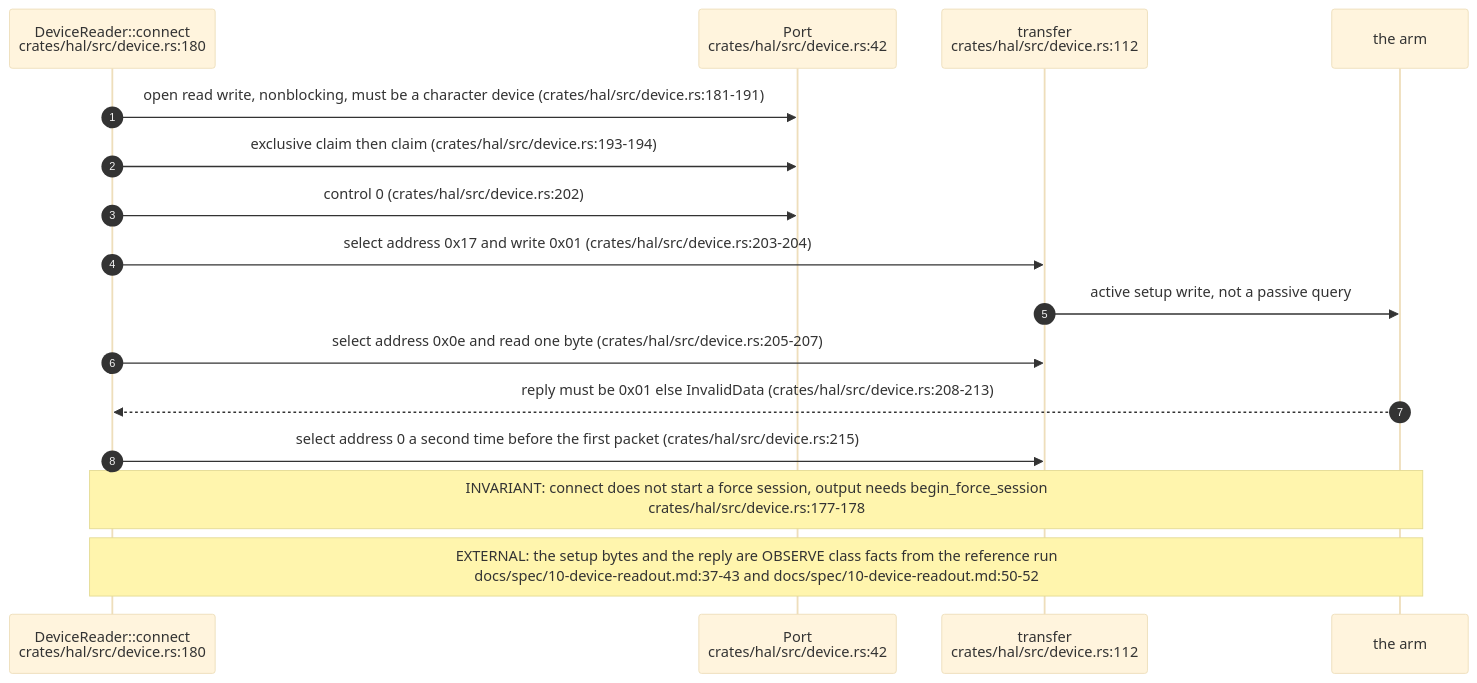
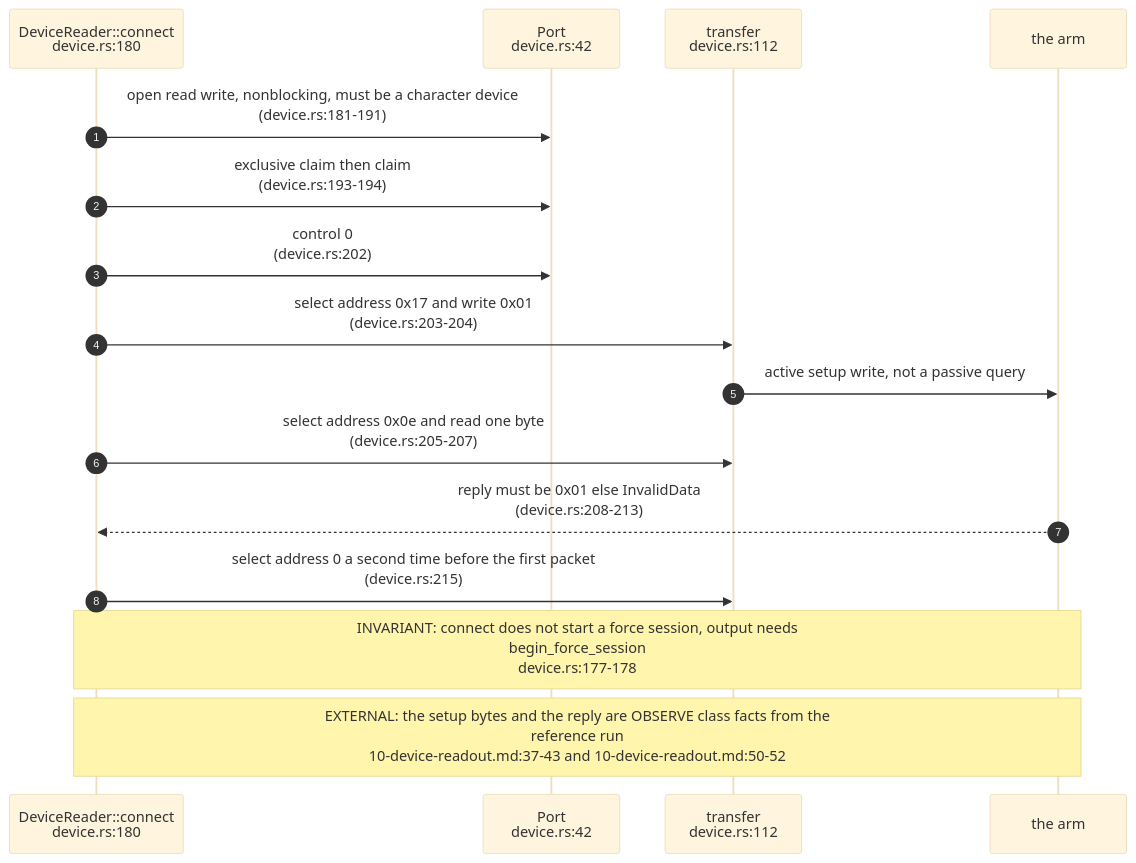
Before and after one commit to DreamLab-AI/VisionFlow: the second of 5 diagrams in docs/diagrams/visiontouch-rs/02-transport-software-epp-and-force-session.md, drawn with Mermaid (base theme). The commit also changed other lines of this file and 27 other files, not shown here.

````diff
--- a/docs/diagrams/visiontouch-rs/02-transport-software-epp-and-force-session.md
+++ b/docs/diagrams/visiontouch-rs/02-transport-software-epp-and-force-session.md
@@ -56,18 +58,18 @@
 ```mermaid
 sequenceDiagram
     autonumber
-    participant CN as DeviceReader::connect<br/>crates/hal/src/device.rs:180
-    participant PT as Port<br/>crates/hal/src/device.rs:42
-    participant TR as transfer<br/>crates/hal/src/device.rs:112
+    participant CN as DeviceReader::connect<br/>device.rs:180
+    participant PT as Port<br/>device.rs:42
+    participant TR as transfer<br/>device.rs:112
     participant DV as the arm
-    CN->>PT: open read write, nonblocking, must be a character device (crates/hal/src/device.rs:181-191)
-    CN->>PT: exclusive claim then claim (crates/hal/src/device.rs:193-194)
-    CN->>PT: control 0 (crates/hal/src/device.rs:202)
-    CN->>TR: select address 0x17 and write 0x01 (crates/hal/src/device.rs:203-204)
+    CN->>PT: open read write, nonblocking, must be a character device<br/>(device.rs:181-191)
+    CN->>PT: exclusive claim then claim<br/>(device.rs:193-194)
+    CN->>PT: control 0<br/>(device.rs:202)
+    CN->>TR: select address 0x17 and write 0x01<br/>(device.rs:203-204)
     TR->>DV: active setup write, not a passive query
-    CN->>TR: select address 0x0e and read one byte (crates/hal/src/device.rs:205-207)
-    DV-->>CN: reply must be 0x01 else InvalidData (crates/hal/src/device.rs:208-213)
-    CN->>TR: select address 0 a second time before the first packet (crates/hal/src/device.rs:215)
-    Note over CN,DV: INVARIANT: connect does not start a force session, output needs begin_force_session<br/>crates/hal/src/device.rs:177-178
-    Note over CN,DV: EXTERNAL: the setup bytes and the reply are OBSERVE class facts from the reference run<br/>docs/spec/10-device-readout.md:37-43 and docs/spec/10-device-readout.md:50-52
+    CN->>TR: select address 0x0e and read one byte<br/>(device.rs:205-207)
+    DV-->>CN: reply must be 0x01 else InvalidData<br/>(device.rs:208-213)
+    CN->>TR: select address 0 a second time before the first packet<br/>(device.rs:215)
+    Note over CN,DV: INVARIANT: connect does not start a force session, output needs<br/>begin_force_session<br/>device.rs:177-178
+    Note over CN,DV: EXTERNAL: the setup bytes and the reply are OBSERVE class facts from the<br/>reference run<br/>10-device-readout.md:37-43 and 10-device-readout.md:50-52
 ```
````
